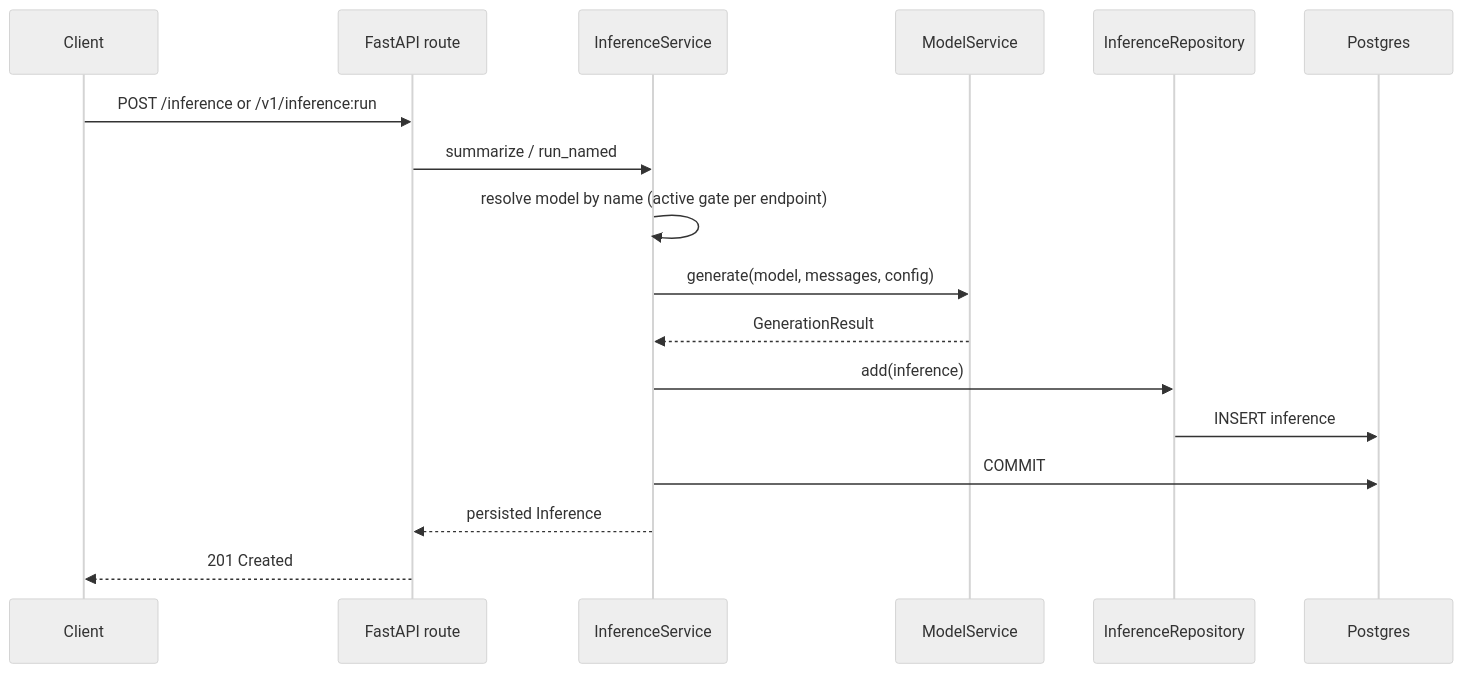
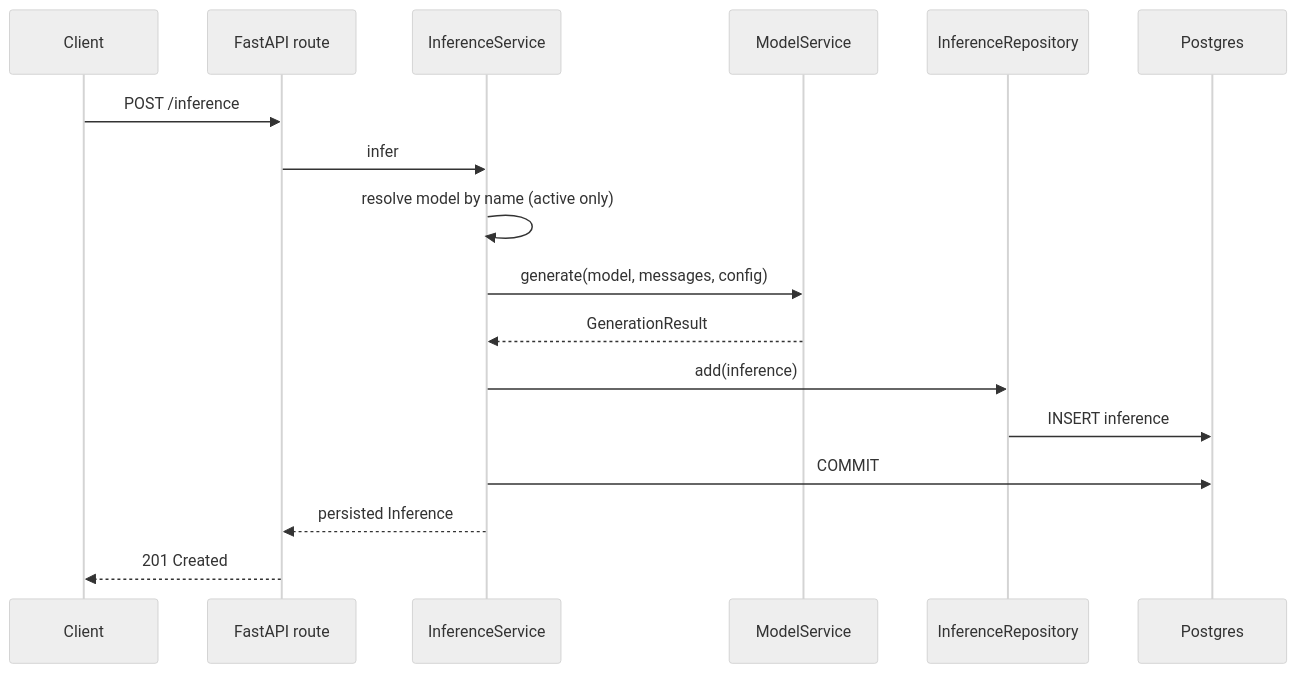
One commit to DimitarAtanassov/arc-model-lab changed the second of 3 diagrams in docs/dataflow.md. Above: the diagram before and after it, drawn with Mermaid (neutral theme). The commit also changed other lines of this file and 7 other files, not shown here.

````diff
--- a/docs/dataflow.md
+++ b/docs/dataflow.md
@@ -35,20 +33,20 @@
 ```mermaid
 sequenceDiagram
     participant Client
     participant API as FastAPI route
     participant Inf as InferenceService
     participant MS as ModelService
     participant IRepo as InferenceRepository
     participant DB as Postgres
 
-    Client->>API: POST /inference or /v1/inference:run
-    API->>Inf: summarize / run_named
-    Inf->>Inf: resolve model by name (active gate per endpoint)
+    Client->>API: POST /inference
+    API->>Inf: infer
+    Inf->>Inf: resolve model by name (active only)
     Inf->>MS: generate(model, messages, config)
     MS-->>Inf: GenerationResult
     Inf->>IRepo: add(inference)
     IRepo->>DB: INSERT inference
     Inf->>DB: COMMIT
     Inf-->>API: persisted Inference
     API-->>Client: 201 Created
 ```
````
